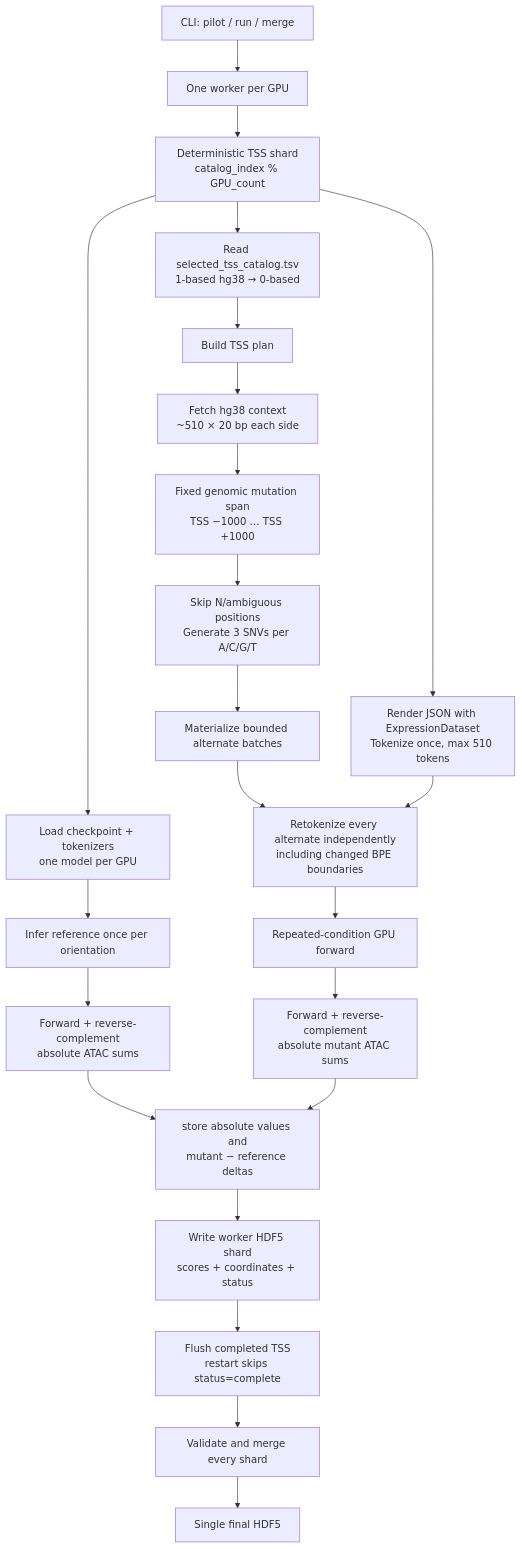
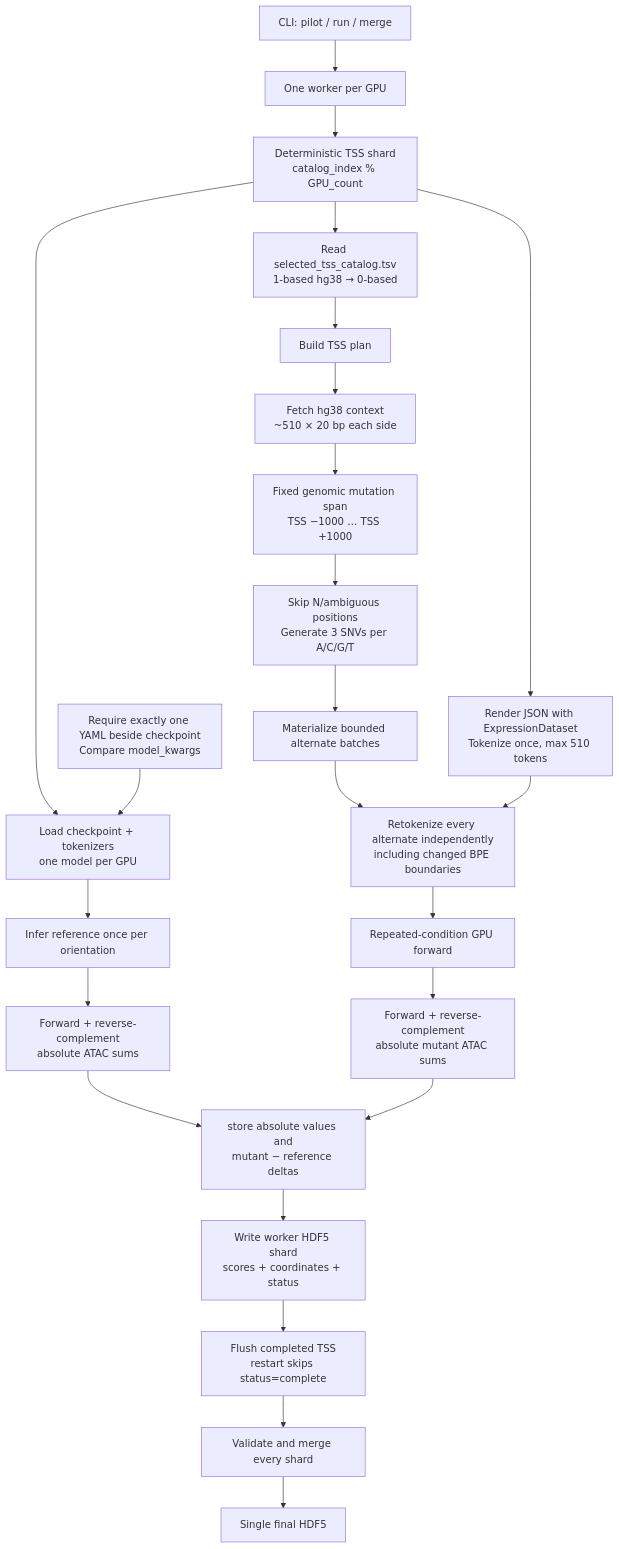
Before and after one commit to AIRI-Institute/GENA_LM: the diagram in downstream_tasks/expression_prediction/benchmarks/eQTL_genomics/CODE_REVIEW_GUIDE.md, drawn with Mermaid. The commit also changed other lines of this file and 3 other files, not shown here.

Commit message:
Validate checkpoint-local model configuration

````diff
--- a/downstream_tasks/expression_prediction/benchmarks/eQTL_genomics/CODE_REVIEW_GUIDE.md
+++ b/downstream_tasks/expression_prediction/benchmarks/eQTL_genomics/CODE_REVIEW_GUIDE.md
@@ -14,31 +14,32 @@
 ```mermaid
 flowchart TD
     CLI["CLI: pilot / run / merge"] --> Launcher["One worker per GPU"]
     Launcher --> Shard["Deterministic TSS shard<br/>catalog_index % GPU_count"]
 
     Shard --> Catalog["Read selected_tss_catalog.tsv<br/>1-based hg38 → 0-based"]
     Shard --> Description["Render JSON with ExpressionDataset<br/>Tokenize once, max 510 tokens"]
     Shard --> Model["Load checkpoint + tokenizers<br/>one model per GPU"]
+    ModelConfig["Require exactly one YAML beside checkpoint<br/>Compare model_kwargs"] --> Model
 
     Catalog --> Plan["Build TSS plan"]
     Plan --> Fetch["Fetch hg38 context<br/>~510 × 20 bp each side"]
     Fetch --> MutationSpan["Fixed genomic mutation span<br/>TSS −1000 … TSS +1000"]
     MutationSpan --> Variants["Skip N/ambiguous positions<br/>Generate 3 SNVs per A/C/G/T"]
 
     Model --> Ref["Infer reference once per orientation"]
     Ref --> RefScore["Forward + reverse-complement<br/>absolute ATAC sums"]
 
     Variants --> Batch["Materialize bounded alternate batches"]
     Batch --> Retokenize["Retokenize every alternate independently<br/>including changed BPE boundaries"]
     Description --> Retokenize
     Retokenize --> GPU["Repeated-condition GPU forward"]
     GPU --> AltScore["Forward + reverse-complement<br/>absolute mutant ATAC sums"]
     RefScore --> Delta["store absolute values and<br/>mutant − reference deltas"]
     AltScore --> Delta
 
     Delta --> H5["Write worker HDF5 shard<br/>scores + coordinates + status"]
     H5 --> Resume["Flush completed TSS<br/>restart skips status=complete"]
 
     Resume --> Merge["Validate and merge every shard"]
     Merge --> Final["Single final HDF5"]
 ```
````
